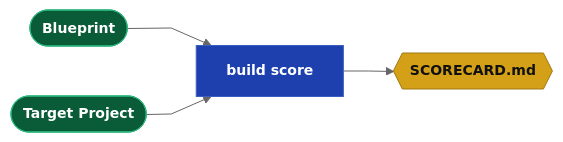
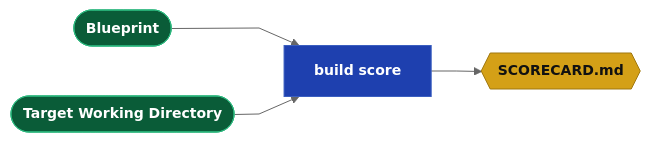
Before and after one commit to webcloudstudio/Drydock: the fifth of 8 diagrams in docs/Drydock_Specification.md, drawn with Mermaid. The commit also changed other lines of this file, not shown here.

Commit message:
Update specification build compass flow

````diff
--- a/docs/Drydock_Specification.md
+++ b/docs/Drydock_Specification.md
@@ -410,14 +416,14 @@
 ```mermaid
 %%{init: {'theme': 'neutral', 'flowchart': {'curve': 'linear'}, 'themeVariables': {'fontSize': '14px'}}}%%
 flowchart LR
   classDef dir    fill:#0a5c38,stroke:#2cb67d,color:#fff,font-weight:bold
   classDef md     fill:#d4a017,stroke:#a07810,color:#111,font-weight:bold
   classDef script fill:#1e40af,stroke:#3b5fc0,color:#fff,font-weight:bold
   classDef prompt fill:#c2410c,stroke:#ea580c,color:#fff,font-weight:bold
   classDef output fill:#6d28d9,stroke:#8b5cf6,color:#fff,font-weight:bold
   classDef web    fill:#be123c,stroke:#fb7185,color:#fff,font-weight:bold
 
   SPEC(["Blueprint"]):::dir --> SCORE["build score"]:::script
-  TGT(["Target Project"]):::dir --> SCORE
+  TGT(["Target Working Directory"]):::dir --> SCORE
   SCORE --> SC{{"SCORECARD.md"}}:::md
 ```
````
